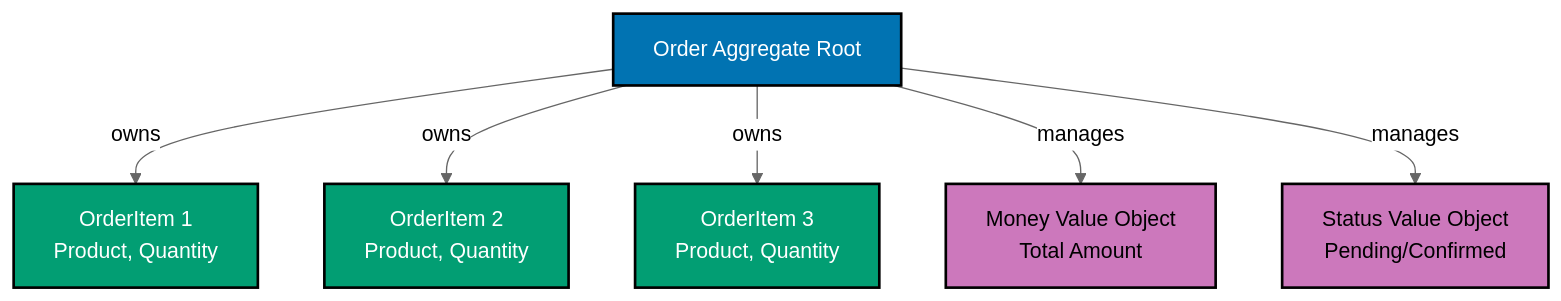
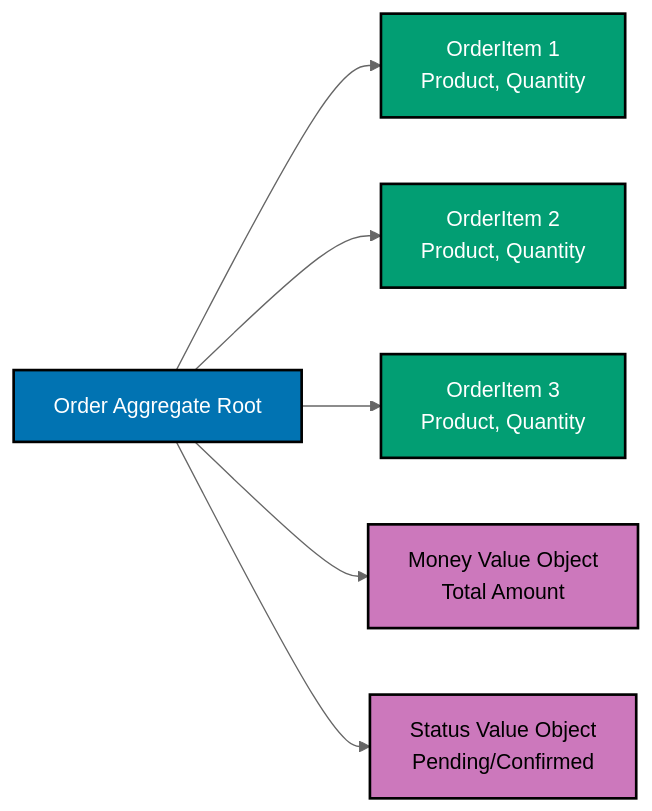
Before and after one commit to wahidyankf/ose-primer: the second of 5 diagrams in docs/explanation/software-engineering/programming-languages/golang/ddd-standards.md, drawn with Mermaid (neutral theme). The commit also changed other lines of this file and 11 other files, not shown here.

Commit message:
fix(docs): fix mermaid violations in golang/ docs (batch 3/10)

````diff
--- a/docs/explanation/software-engineering/programming-languages/golang/ddd-standards.md
+++ b/docs/explanation/software-engineering/programming-languages/golang/ddd-standards.md
@@ -382,23 +382,23 @@
 ```mermaid
 %% Color Palette: Blue #0173B2, Orange #DE8F05, Teal #029E73, Purple #CC78BC
 %% Aggregate pattern for donation order
 
-graph TD
+graph LR
     A["Order Aggregate Root"]:::blue
     B["OrderItem 1<br/>Product, Quantity"]:::teal
     C["OrderItem 2<br/>Product, Quantity"]:::teal
     D["OrderItem 3<br/>Product, Quantity"]:::teal
     E["Money Value Object<br/>Total Amount"]:::purple
     F["Status Value Object<br/>Pending/Confirmed"]:::purple
 
-    A -->|"owns"| B
-    A -->|"owns"| C
-    A -->|"owns"| D
-    A -->|"manages"| E
-    A -->|"manages"| F
+    A --> B
+    A --> C
+    A --> D
+    A --> E
+    A --> F
 
     classDef blue fill:#0173B2,stroke:#000000,color:#FFFFFF,stroke-width:2px
     classDef orange fill:#DE8F05,stroke:#000000,color:#FFFFFF,stroke-width:2px
     classDef teal fill:#029E73,stroke:#000000,color:#FFFFFF,stroke-width:2px
     classDef purple fill:#CC78BC,stroke:#000000,color:#000000,stroke-width:2px
 ```
````
